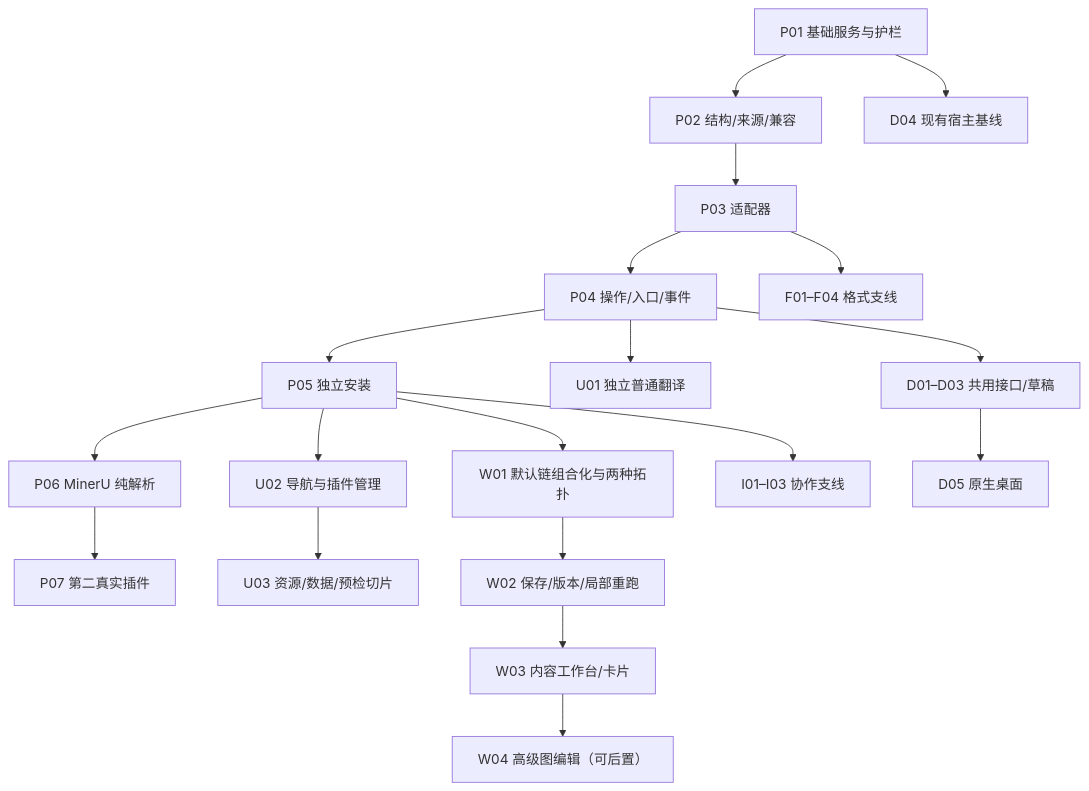
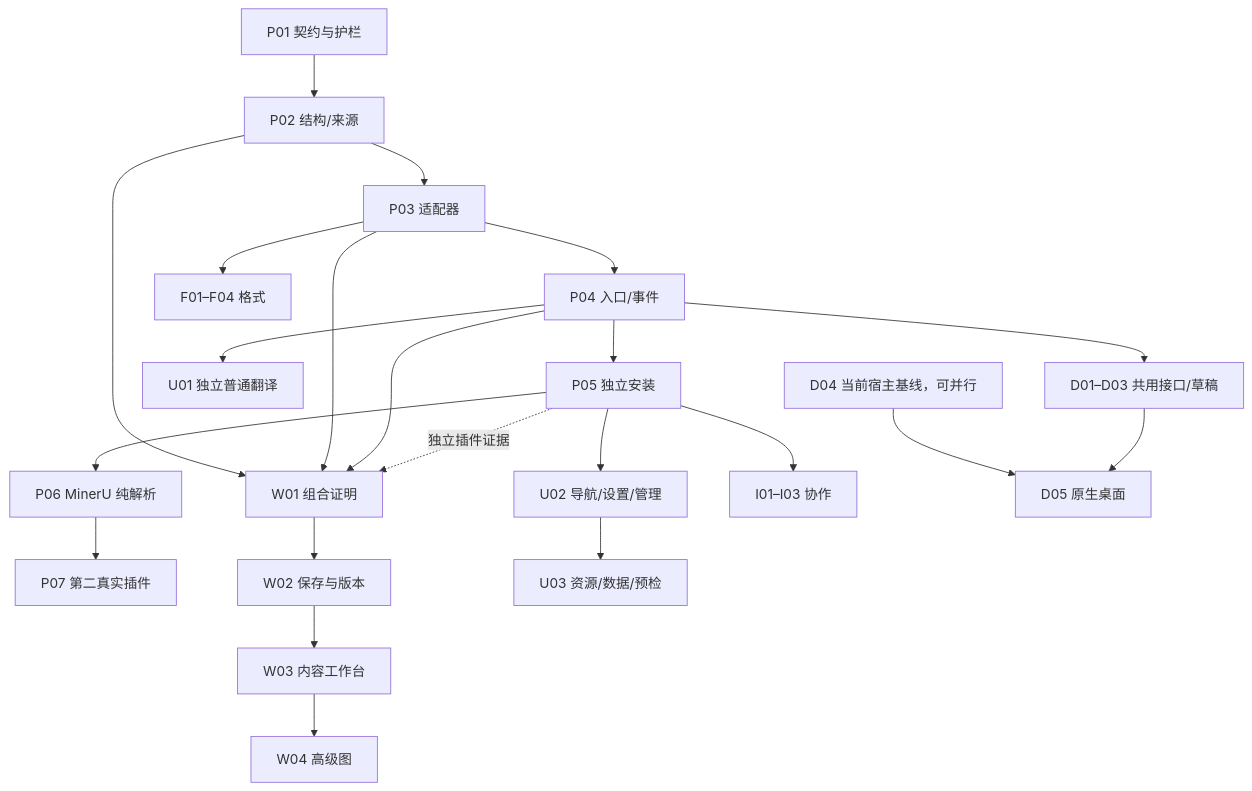
One commit to KongouAirlines/ivoraige changed the diagram in docs/plan/0.1.x/README.md. Above: the diagram before and after it, drawn with Mermaid. The commit also changed other lines of this file and 33 other files, not shown here.

````diff
--- a/docs/plan/0.1.x/README.md
+++ b/docs/plan/0.1.x/README.md
@@ -37,21 +28,24 @@
 ```mermaid
 flowchart TD
-  P01["P01 基础服务与护栏"] --> P02["P02 结构/来源/兼容"]
+  P01["P01 契约与护栏"] --> P02["P02 结构/来源"]
   P02 --> P03["P03 适配器"]
-  P03 --> P04["P04 操作/入口/事件"]
+  P03 --> P04["P04 入口/事件"]
   P04 --> P05["P05 独立安装"]
   P05 --> P06["P06 MinerU 纯解析"]
   P06 --> P07["P07 第二真实插件"]
+  P02 --> W01["W01 组合证明"]
+  P03 --> W01
+  P04 --> W01
+  P05 -. "独立插件证据" .-> W01
+  W01 --> W02["W02 保存与版本"]
+  W02 --> W03["W03 内容工作台"]
+  W03 --> W04["W04 高级图"]
   P04 --> U01["U01 独立普通翻译"]
-  P05 --> U02["U02 导航与插件管理"]
-  U02 --> U03["U03 资源/数据/预检切片"]
-  P05 --> W01["W01 默认链组合化与两种拓扑"]
-  W01 --> W02["W02 保存/版本/局部重跑"]
-  W02 --> W03["W03 内容工作台/卡片"]
-  W03 --> W04["W04 高级图编辑（可后置）"]
-  P03 --> Formats["F01–F04 格式支线"]
-  P05 --> Integrations["I01–I03 协作支线"]
-  P01 --> D04["D04 现有宿主基线"]
+  P05 --> U02["U02 导航/设置/管理"]
+  U02 --> U03["U03 资源/数据/预检"]
+  P03 --> Formats["F01–F04 格式"]
+  P05 --> Integrations["I01–I03 协作"]
+  D04["D04 当前宿主基线，可并行"] --> D05["D05 原生桌面"]
   P04 --> Desktop["D01–D03 共用接口/草稿"]
-  Desktop --> D05["D05 原生桌面"]
+  Desktop --> D05
 ```
````
